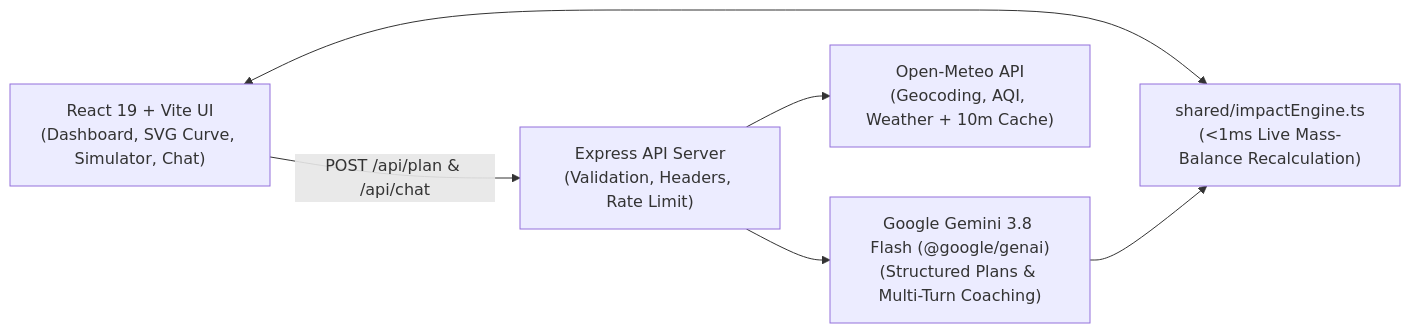
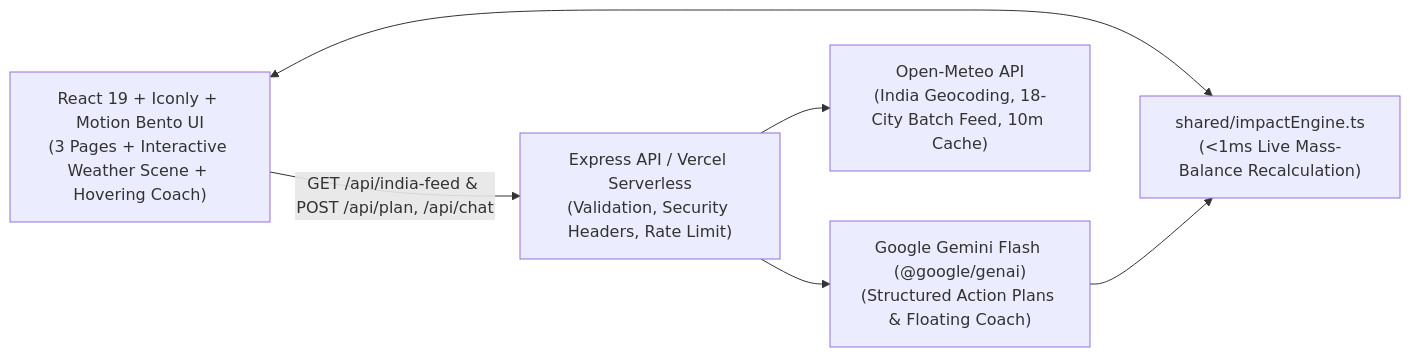
One commit to sachinn-alt/Airkin changed the diagram in README.md. Above: the diagram before and after it, drawn with Mermaid. The commit also changed other lines of this file, not shown here.

Commit message:
Update README with All-India live feed, weather scene, 3-page UI, and Playwright E2E

````diff
--- a/README.md
+++ b/README.md
@@ -62,14 +63,14 @@
 ```mermaid
 flowchart LR
-    UI["React 19 + Vite UI<br/>(Dashboard, SVG Curve, Simulator, Chat)"]
+    UI["React 19 + Iconly + Motion Bento UI<br/>(3 Pages + Interactive Weather Scene + Hovering Coach)"]
     Shared["shared/impactEngine.ts<br/>(&lt;1ms Live Mass-Balance Recalculation)"]
-    API["Express API Server<br/>(Validation, Headers, Rate Limit)"]
-    Meteo["Open-Meteo API<br/>(Geocoding, AQI, Weather + 10m Cache)"]
-    Gemini["Google Gemini 3.8 Flash (@google/genai)<br/>(Structured Plans &amp; Multi-Turn Coaching)"]
+    API["Express API / Vercel Serverless<br/>(Validation, Security Headers, Rate Limit)"]
+    Meteo["Open-Meteo API<br/>(India Geocoding, 18-City Batch Feed, 10m Cache)"]
+    Gemini["Google Gemini Flash (@google/genai)<br/>(Structured Action Plans &amp; Floating Coach)"]
 
     UI <--> Shared
-    UI -->|POST /api/plan &amp; /api/chat| API
+    UI -->|GET /api/india-feed &amp; POST /api/plan, /api/chat| API
     API --> Meteo
     API --> Gemini
     Gemini --> Shared
 ```
````
